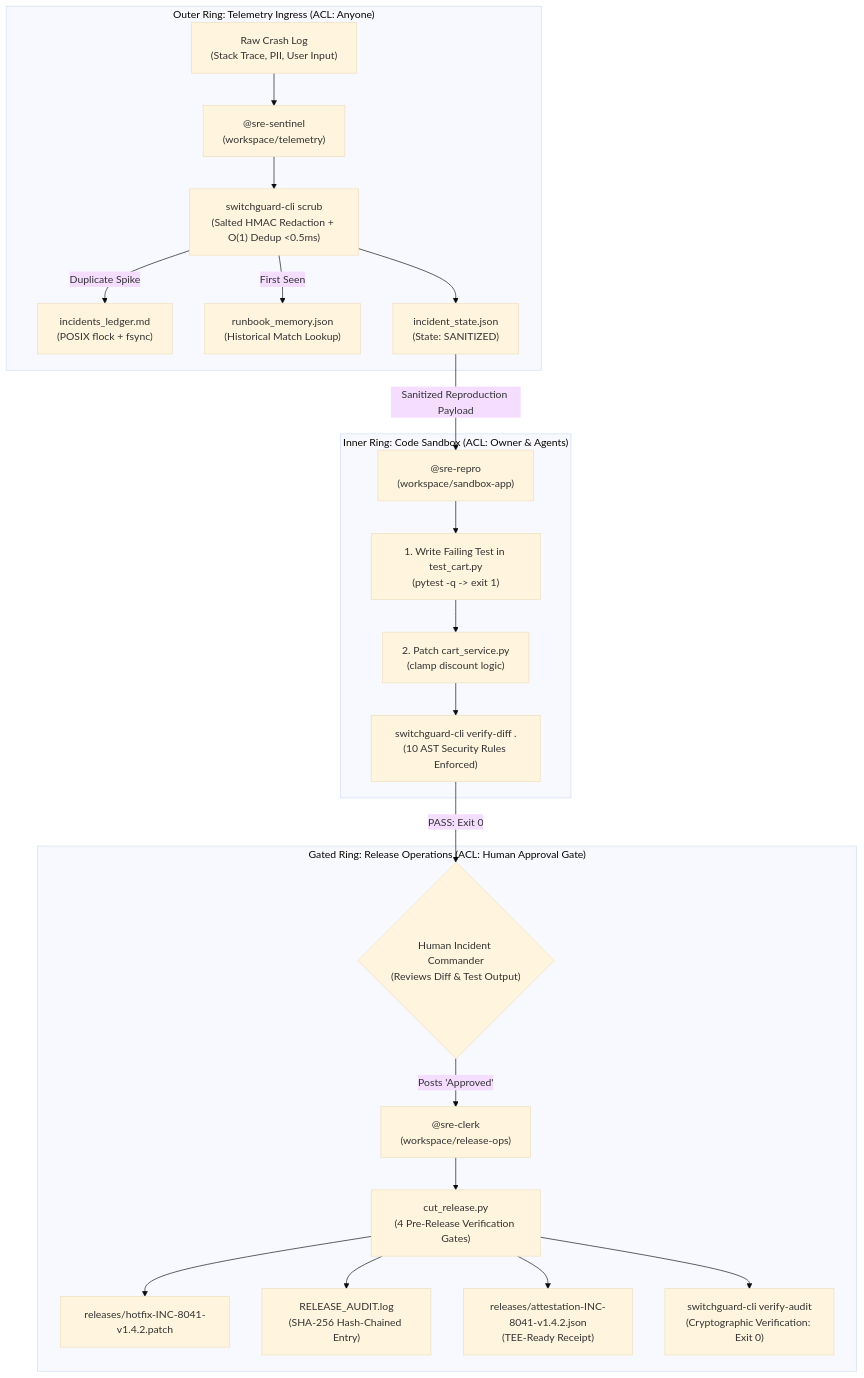
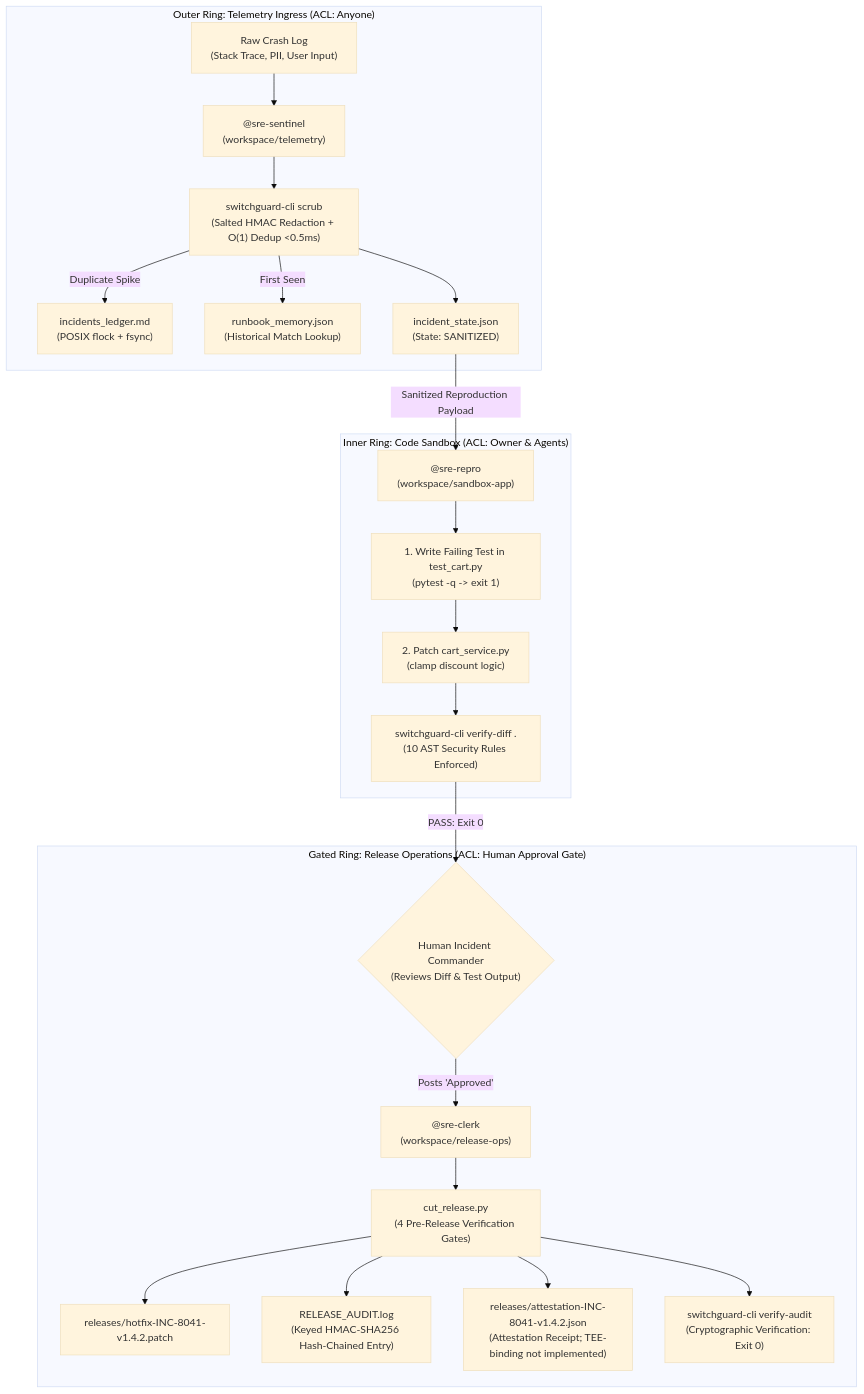
One commit to Anshulkaocde123/switchguard-sre changed the first of 4 diagrams in BLOG.md. Above: the diagram before and after it, drawn with Mermaid (base theme). The commit also changed other lines of this file and 13 other files, not shown here.

Commit message:
Phase 3: Keyed HMAC-SHA256 audit chain, --expect-head truncation defense, tamper tests, and honest TEE relabeling

````diff
--- a/BLOG.md
+++ b/BLOG.md
@@ -48,27 +48,27 @@
 ```mermaid
 flowchart TB
     subgraph IngressLayer["Outer Ring: Telemetry Ingress (ACL: Anyone)"]
         RawLog["Raw Crash Log\n(Stack Trace, PII, User Input)"] --> Sentinel["@sre-sentinel\n(workspace/telemetry)"]
         Sentinel --> RustScrub["switchguard-cli scrub\n(Salted HMAC Redaction + O(1) Dedup <0.5ms)"]
         RustScrub -->|Duplicate Spike| LedgerMD["incidents_ledger.md\n(POSIX flock + fsync)"]
         RustScrub -->|First Seen| Runbook["runbook_memory.json\n(Historical Match Lookup)"]
         RustScrub --> StateFSM["incident_state.json\n(State: SANITIZED)"]
     end
 
     subgraph SandboxLayer["Inner Ring: Code Sandbox (ACL: Owner & Agents)"]
         StateFSM -->|Sanitized Reproduction Payload| Repro["@sre-repro\n(workspace/sandbox-app)"]
         Repro --> TDDPhase1["1. Write Failing Test in test_cart.py\n(pytest -q -> exit 1)"]
         TDDPhase1 --> TDDPhase2["2. Patch cart_service.py\n(clamp discount logic)"]
         TDDPhase2 --> RustVerify["switchguard-cli verify-diff .\n(10 AST Security Rules Enforced)"]
     end
 
     subgraph ReleaseLayer["Gated Ring: Release Operations (ACL: Human Approval Gate)"]
         RustVerify -->|PASS: Exit 0| Commander{"Human Incident Commander\n(Reviews Diff & Test Output)"}
         Commander -->|Posts 'Approved'| Clerk["@sre-clerk\n(workspace/release-ops)"]
         Clerk --> CutRelease["cut_release.py\n(4 Pre-Release Verification Gates)"]
         CutRelease --> PatchArtifact["releases/hotfix-INC-8041-v1.4.2.patch"]
-        CutRelease --> AuditLog["RELEASE_AUDIT.log\n(SHA-256 Hash-Chained Entry)"]
-        CutRelease --> Attestation["releases/attestation-INC-8041-v1.4.2.json\n(TEE-Ready Receipt)"]
+        CutRelease --> AuditLog["RELEASE_AUDIT.log\n(Keyed HMAC-SHA256 Hash-Chained Entry)"]
+        CutRelease --> Attestation["releases/attestation-INC-8041-v1.4.2.json\n(Attestation Receipt; TEE-binding not implemented)"]
         CutRelease --> RustAudit["switchguard-cli verify-audit\n(Cryptographic Verification: Exit 0)"]
     end
 ```
````
